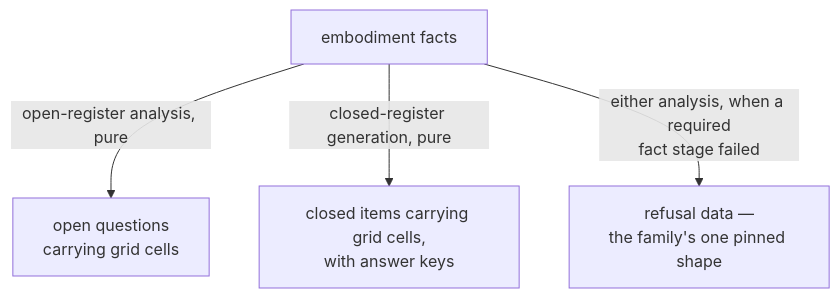
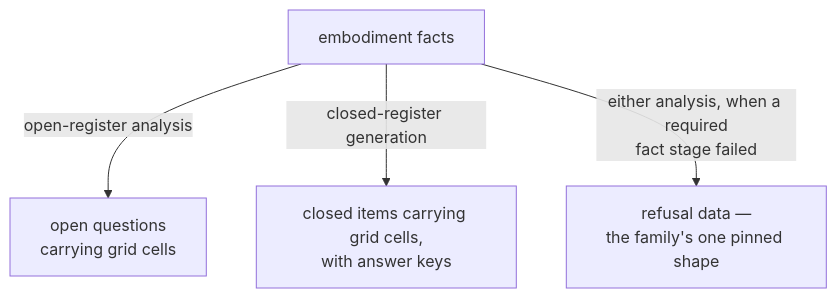
Before and after one commit to codeschoolinabox/curricula: the diagram in src/lib/study-lenses/lib/questioning/DOCS.md, drawn with Mermaid. The commit also changed other lines of this file and 5 other files, not shown here.

````diff
--- a/src/lib/study-lenses/lib/questioning/DOCS.md
+++ b/src/lib/study-lenses/lib/questioning/DOCS.md
@@ -58,7 +60,7 @@
 ```mermaid
 flowchart TD
     F["embodiment facts"]
-    F -->|"open-register analysis, pure"| OQ["open questions<br/>carrying grid cells"]
-    F -->|"closed-register generation, pure"| CI["closed items carrying grid cells,<br/>with answer keys"]
+    F -->|"open-register analysis"| OQ["open questions<br/>carrying grid cells"]
+    F -->|"closed-register generation"| CI["closed items carrying grid cells,<br/>with answer keys"]
     F -->|"either analysis, when a required<br/>fact stage failed"| RF["refusal data —<br/>the family's one pinned shape"]
 ```
````
